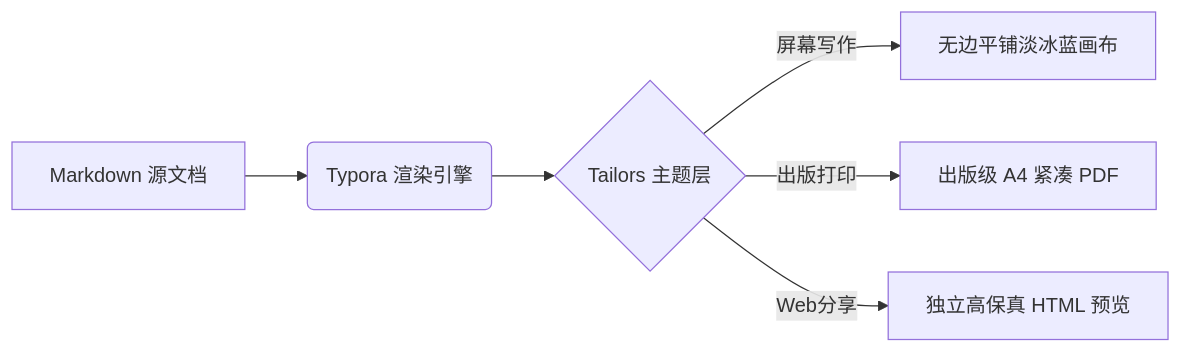
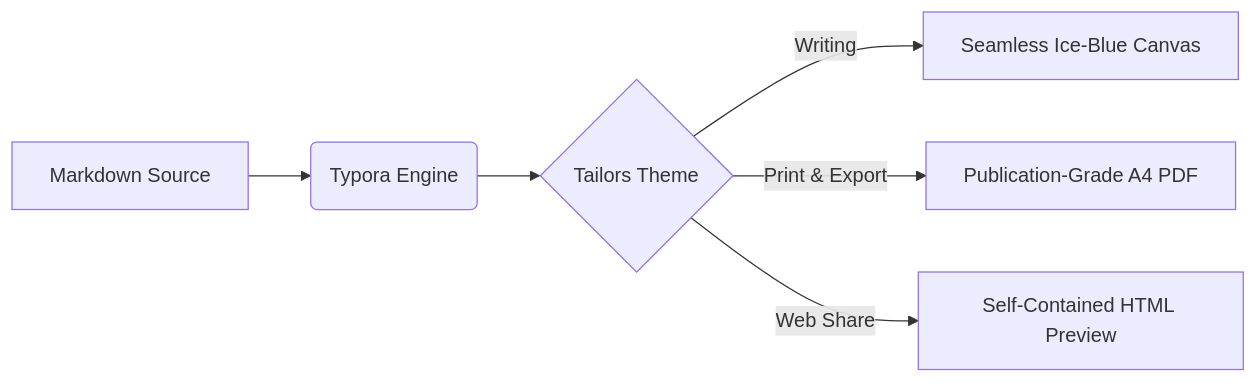
The diagram in README.md (ChiamZhang/TyporaTheme-Tailors), drawn with Mermaid before and after one commit. The commit also changed other lines of this file and 1 other file, not shown here.

````diff
--- a/README.md
+++ b/README.md
@@ -242,8 +242,8 @@
 ```mermaid
 flowchart LR
-    A[Markdown 源文档] --> B(Typora 渲染引擎)
-    B --> C{Tailors 主题层}
-    C -->|屏幕写作| D[无边平铺淡冰蓝画布]
-    C -->|出版打印| E[出版级 A4 紧凑 PDF]
-    C -->|Web分享| F[独立高保真 HTML 预览]
+    A[Markdown Source] --> B(Typora Engine)
+    B --> C{Tailors Theme}
+    C -->|Writing| D[Seamless Ice-Blue Canvas]
+    C -->|Print & Export| E[Publication-Grade A4 PDF]
+    C -->|Web Share| F[Self-Contained HTML Preview]
 ```
````
